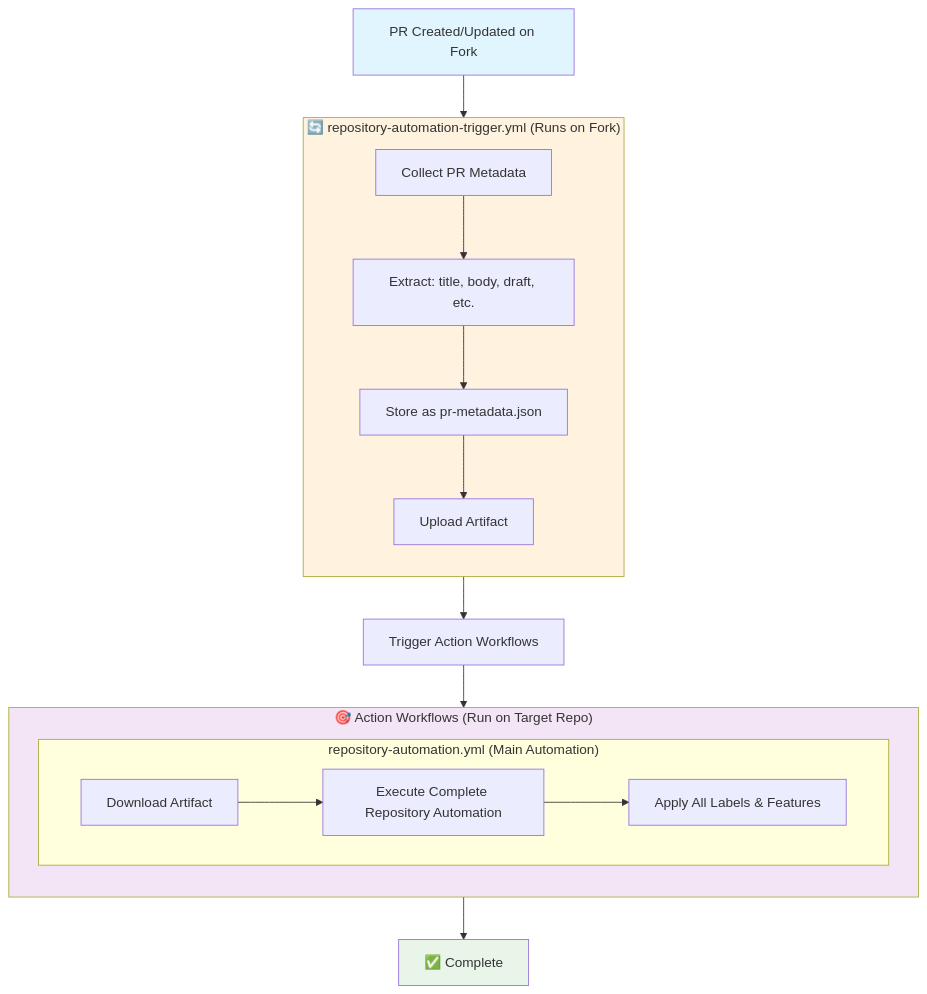
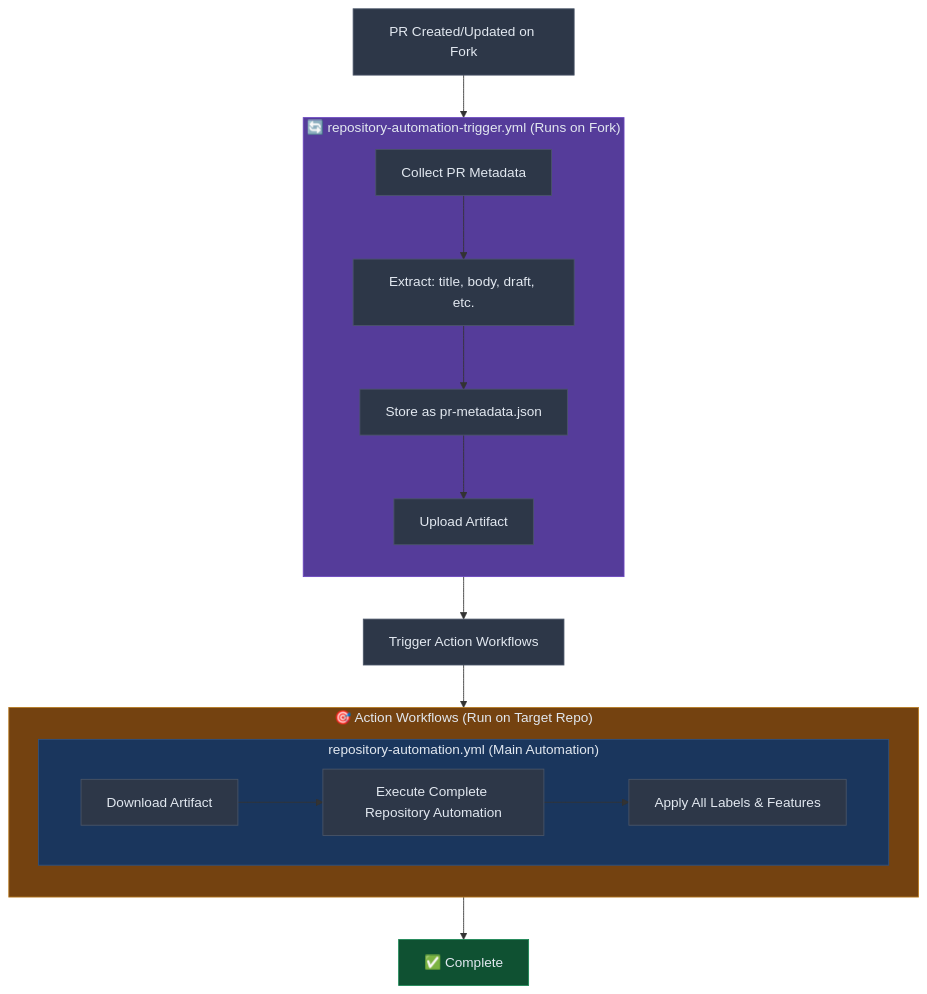
Before and after one commit to thenets/repo-automation: the seventh of 7 diagrams in README.md, drawn with Mermaid. The commit also changed other lines of this file and 1 other file, not shown here.

Commit message:
Update mermaid charts with dark-mode friendly colors

````diff
--- a/README.md
+++ b/README.md
@@ -485,31 +541,40 @@
 ```mermaid
 flowchart TD
     A[PR Created/Updated on Fork] --> FT
     
     subgraph FT ["🔄 repository-automation-trigger.yml (Runs on Fork)"]
         direction TB
         B[Collect PR Metadata]
         C[Extract: title, body, draft, etc.]
         D[Store as pr-metadata.json]
         E[Upload Artifact]
         B --> C --> D --> E
     end
     
     FT --> TG[Trigger Action Workflows]
     
     subgraph AW ["🎯 Action Workflows (Run on Target Repo)"]
         direction TB
         subgraph MA ["repository-automation.yml (Main Automation)"]
             M1[Download Artifact] --> M2[Execute Complete Repository Automation] --> M3[Apply All Labels & Features]
         end
     end
     
     TG --> MA
     
     MA --> Z[✅ Complete]
     
-    style A fill:#e1f5fe
-    style FT fill:#fff3e0
-    style AW fill:#f3e5f5
-    style Z fill:#e8f5e8
+    style A fill:#2d3748,stroke:#4a5568,color:#e2e8f0
+    style FT fill:#553c9a,stroke:#6b46c1,color:#e2e8f0
+    style AW fill:#744210,stroke:#b7791f,color:#e2e8f0
+    style MA fill:#1a365d,stroke:#2c5282,color:#e2e8f0
+    style B fill:#2d3748,stroke:#4a5568,color:#e2e8f0
+    style C fill:#2d3748,stroke:#4a5568,color:#e2e8f0
+    style D fill:#2d3748,stroke:#4a5568,color:#e2e8f0
+    style E fill:#2d3748,stroke:#4a5568,color:#e2e8f0
+    style TG fill:#2d3748,stroke:#4a5568,color:#e2e8f0
+    style M1 fill:#2d3748,stroke:#4a5568,color:#e2e8f0
+    style M2 fill:#2d3748,stroke:#4a5568,color:#e2e8f0
+    style M3 fill:#2d3748,stroke:#4a5568,color:#e2e8f0
+    style Z fill:#0f5132,stroke:#198754,color:#e2e8f0
 ```
````
